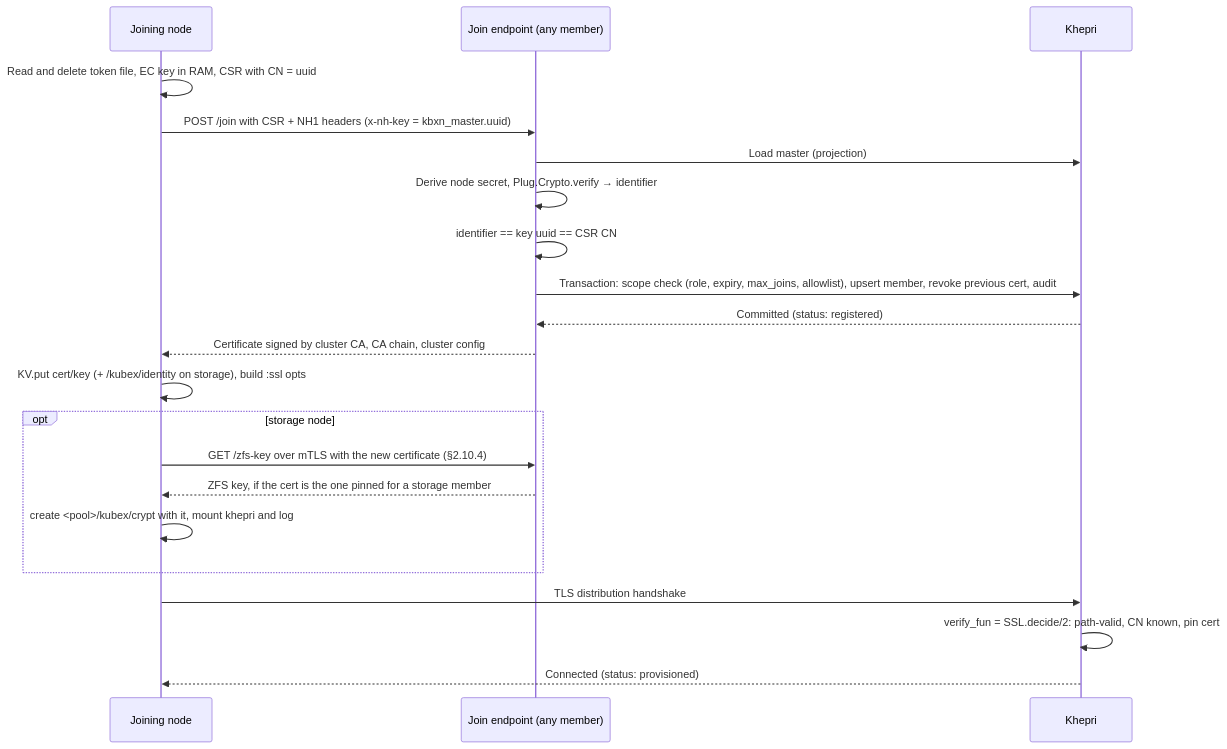
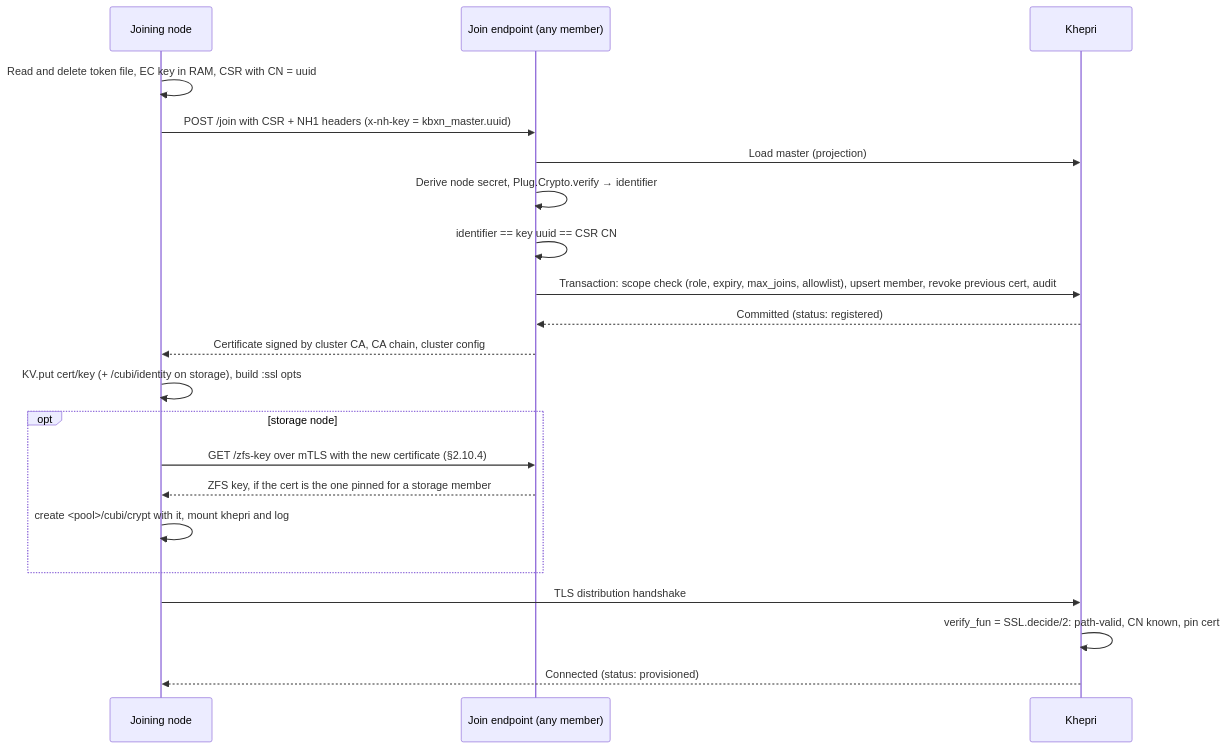
The diagram in docs/specs.md (jeanparpaillon/cubi), drawn with Mermaid before and after one commit. The commit also changed other lines of this file and 173 other files, not shown here.

Commit message:
Rename kubex -> cubi

````diff
--- a/docs/specs.md
+++ b/docs/specs.md
@@ -468,24 +468,24 @@
 ```mermaid
 sequenceDiagram
     participant N as Joining node
     participant B as Join endpoint (any member)
     participant K as Khepri
 
     N->>N: Read and delete token file, EC key in RAM, CSR with CN = uuid
     N->>B: POST /join with CSR + NH1 headers (x-nh-key = kbxn_master.uuid)
     B->>K: Load master (projection)
     B->>B: Derive node secret, Plug.Crypto.verify → identifier
     B->>B: identifier == key uuid == CSR CN
     B->>K: Transaction: scope check (role, expiry, max_joins, allowlist), upsert member, revoke previous cert, audit
     K-->>B: Committed (status: registered)
     B-->>N: Certificate signed by cluster CA, CA chain, cluster config
-    N->>N: KV.put cert/key (+ /kubex/identity on storage), build :ssl opts
+    N->>N: KV.put cert/key (+ /cubi/identity on storage), build :ssl opts
     opt storage node
         N->>B: GET /zfs-key over mTLS with the new certificate (§2.10.4)
         B-->>N: ZFS key, if the cert is the one pinned for a storage member
-        N->>N: create <pool>/kubex/crypt with it, mount khepri and log
+        N->>N: create <pool>/cubi/crypt with it, mount khepri and log
     end
     N->>K: TLS distribution handshake
     K->>K: verify_fun = SSL.decide/2: path-valid, CN known, pin cert
     K-->>N: Connected (status: provisioned)
 ```
````
